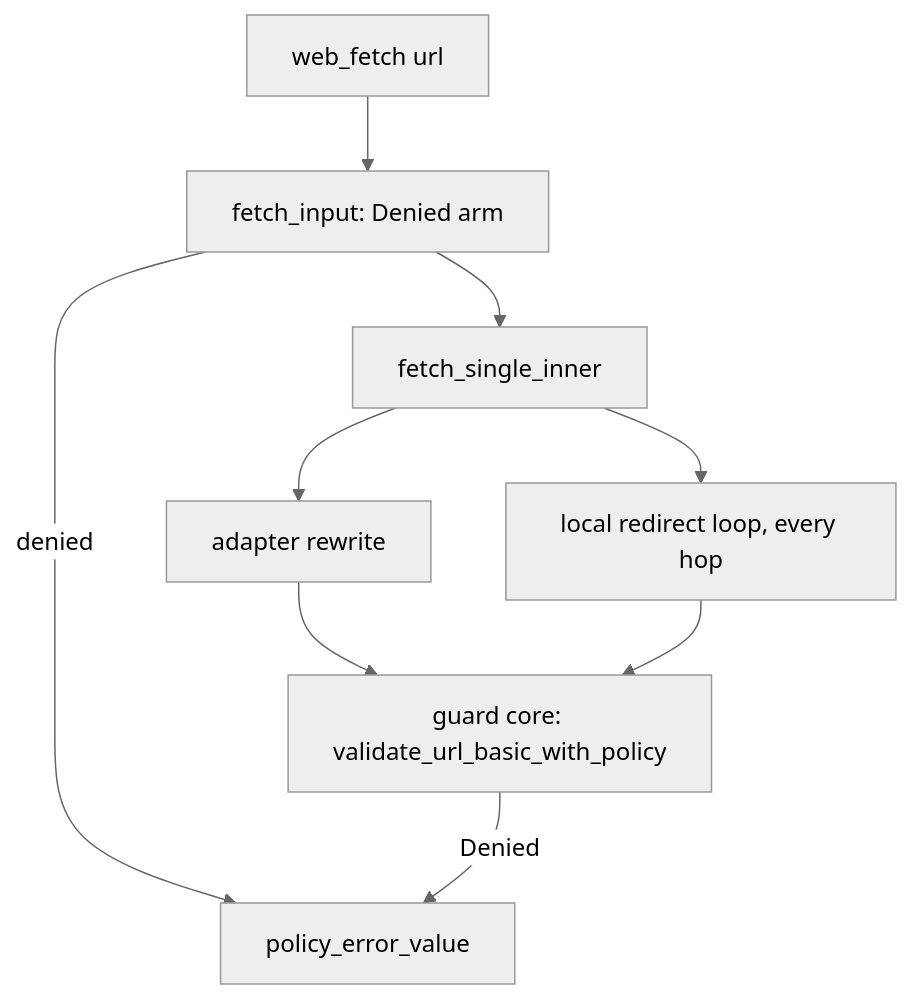
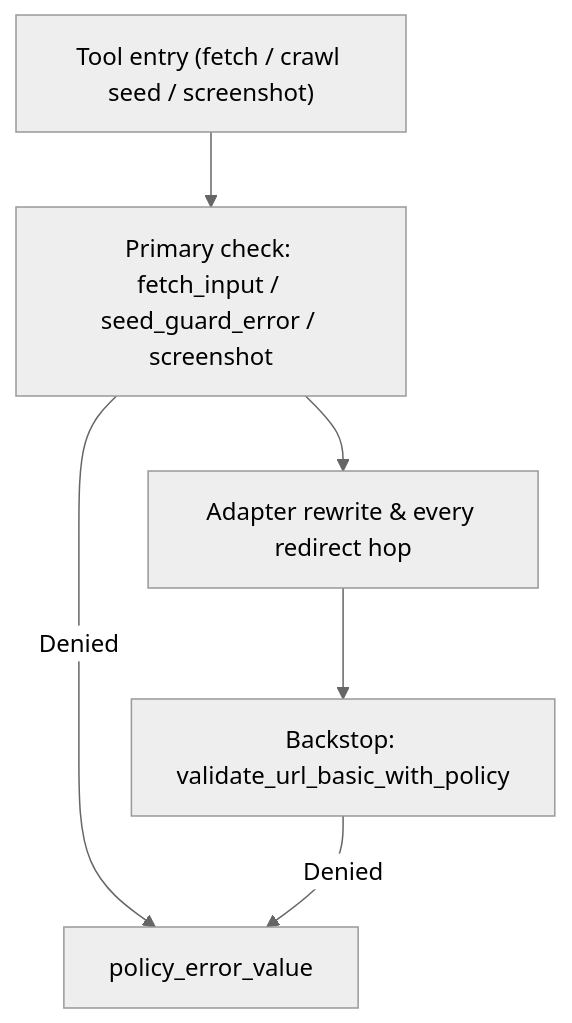
Before and after one commit to dondai44423/donsetch: the diagram in docs/rules-architecture.md, drawn with Mermaid (neutral theme). The commit also changed other lines of this file and 9 other files, not shown here.

Commit message:
docs: tighten contributor, architecture, fetch, rules, and tool guides

````diff
--- a/docs/rules-architecture.md
+++ b/docs/rules-architecture.md
@@ -57,11 +24,8 @@
 ```mermaid
 flowchart TD
-    A["web_fetch url"] --> B["fetch_input: Denied arm"]
-    B -->|denied| E["policy_error_value"]
-    B --> I["fetch_single_inner"]
-    I --> R["adapter rewrite"]
-    I --> T1["local redirect loop, every hop"]
-    R --> G["guard core: validate_url_basic_with_policy"]
-    T1 --> G
+    A["Tool entry (fetch / crawl seed / screenshot)"] --> B["Primary check: fetch_input / seed_guard_error / screenshot"]
+    B -->|Denied| E["policy_error_value"]
+    B --> C["Adapter rewrite & every redirect hop"]
+    C --> G["Backstop: validate_url_basic_with_policy"]
     G -->|Denied| E
 ```
````
